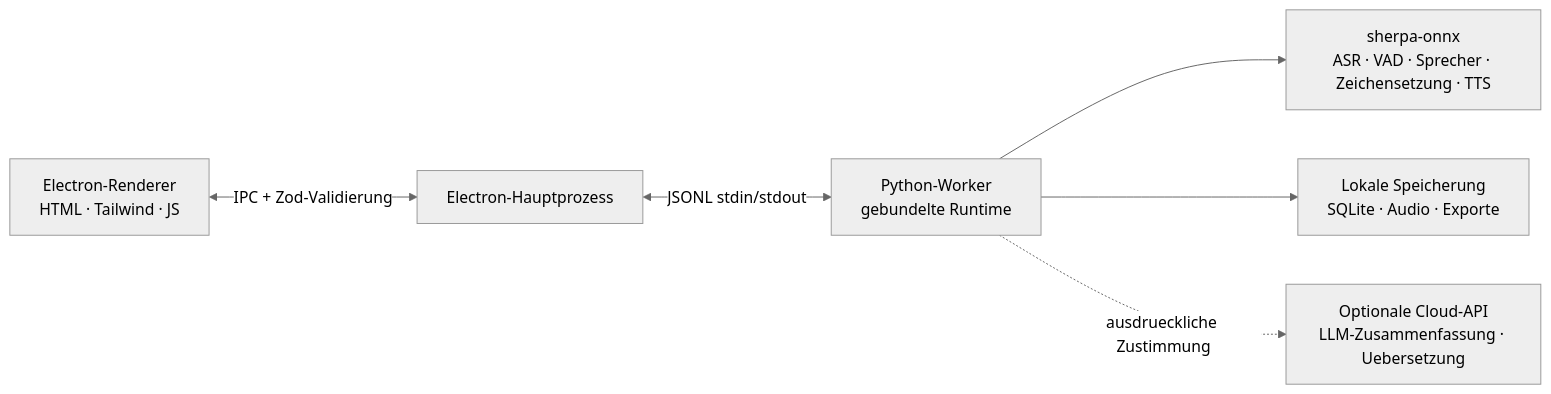
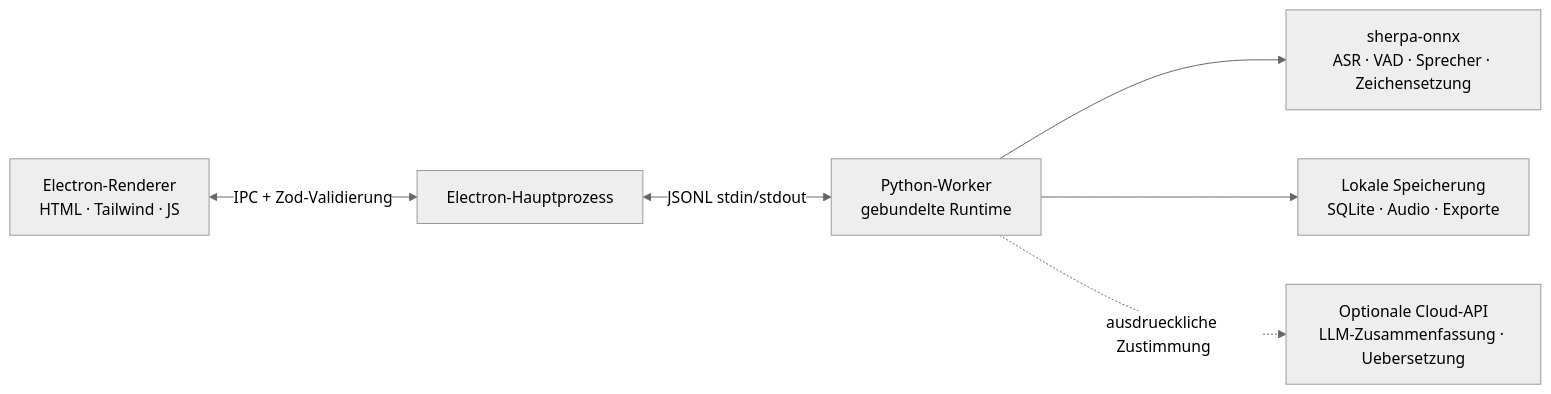
The diagram in docs/README.de.md (zerolovesea/Brevia), drawn with Mermaid (neutral theme) before and after one commit. The commit also changed other lines of this file and 47 other files, not shown here.

````diff
--- a/docs/README.de.md
+++ b/docs/README.de.md
@@ -78,8 +77,8 @@
 ```mermaid
 flowchart LR
   A[Electron-Renderer<br/>HTML · Tailwind · JS] <-->|IPC + Zod-Validierung| B[Electron-Hauptprozess]
   B <-->|JSONL stdin/stdout| C[Python-Worker<br/>gebundelte Runtime]
-  C --> D[sherpa-onnx<br/>ASR · VAD · Sprecher · Zeichensetzung · TTS]
+  C --> D[sherpa-onnx<br/>ASR · VAD · Sprecher · Zeichensetzung]
   C --> E[Lokale Speicherung<br/>SQLite · Audio · Exporte]
   C -. ausdrueckliche Zustimmung .-> F[Optionale Cloud-API<br/>LLM-Zusammenfassung · Uebersetzung]
 ```
````
